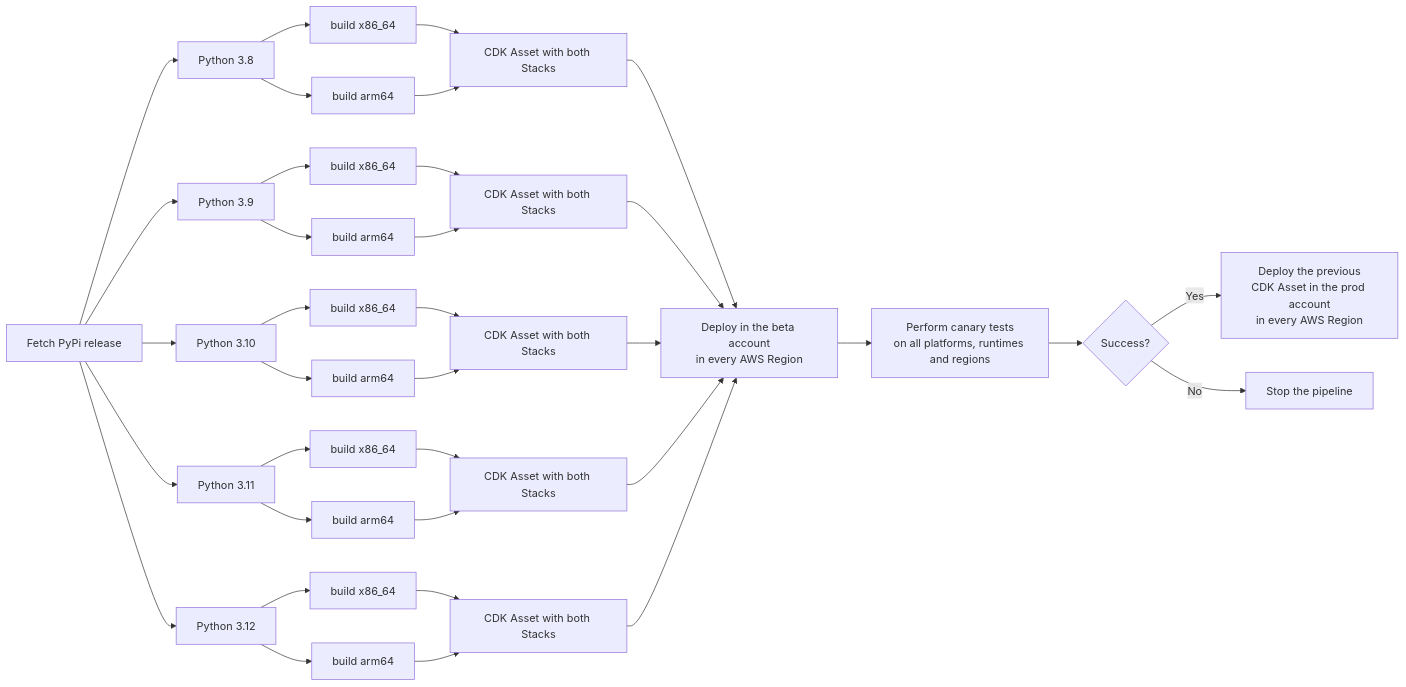
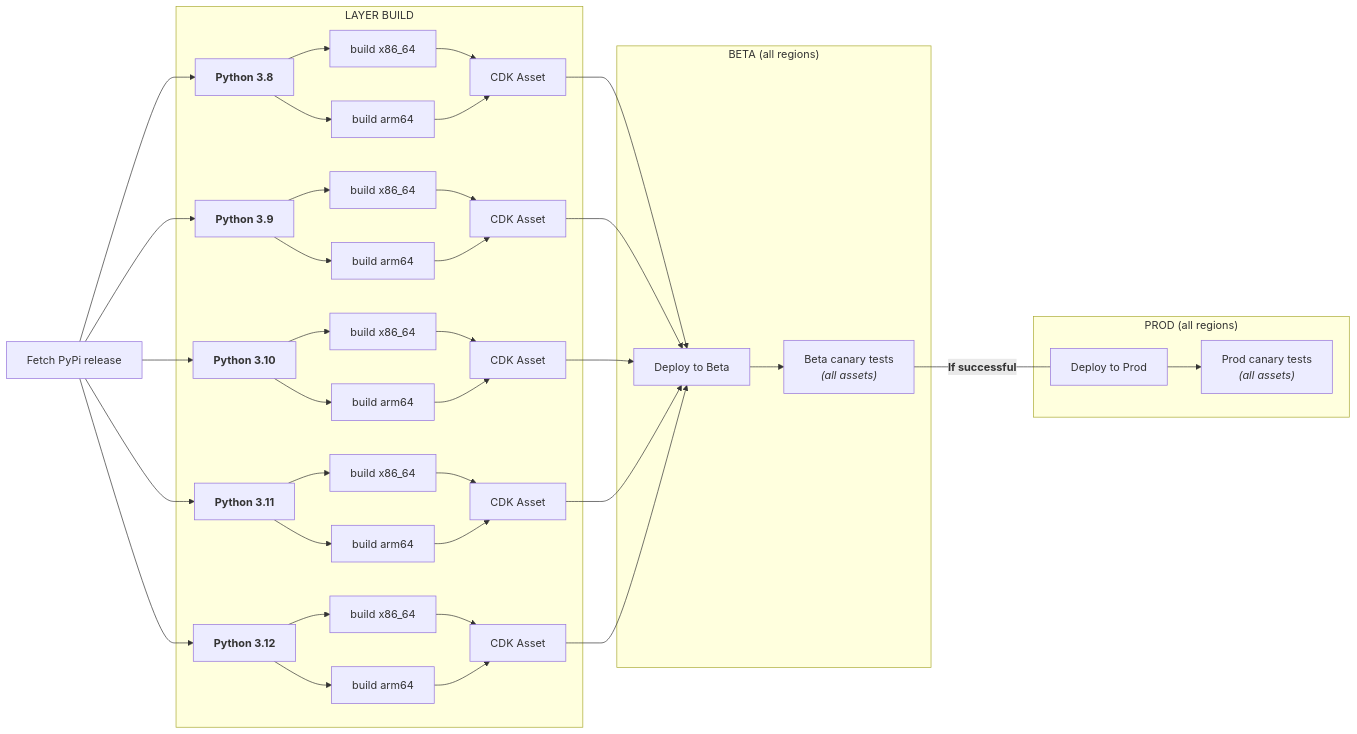
One commit to aws-powertools/powertools-lambda-python changed the diagram in docs/automation.md. Above: the diagram before and after it, drawn with Mermaid. The commit also changed 27 other files, not shown here.

````diff
--- a/docs/automation.md
+++ b/docs/automation.md
@@ -100,37 +100,45 @@
 ```mermaid
 graph LR
-    A[Fetch PyPi release] --> P38[Python 3.8]
-    A --> P39[Python 3.9]
-    A --> P310[Python 3.10]
-    A --> P311[Python 3.11]
-    A --> P312[Python 3.12]
-    P38 --> P38x86[build x86_64]
-    P38 --> P38arm64[build arm64]
-    P39 --> P39x86[build x86_64]
-    P39 --> P39arm64[build arm64]
-    P310 --> P310x86[build x86_64]
-    P310 --> P310arm64[build arm64]
-    P311 --> P311x86[build x86_64]
-    P311 --> P311arm64[build arm64]
-    P312 --> P312x86[build x86_64]
-    P312 --> P312arm64[build arm64]
-    P38x86 --> CDKP1[CDK Asset with both Stacks]
-    P38arm64 --> CDKP1[CDK Asset with both Stacks]
-    P39x86 --> CDKP2[CDK Asset with both Stacks]
-    P39arm64 --> CDKP2[CDK Asset with both Stacks]
-    P310x86 --> CDKP3[CDK Asset with both Stacks]
-    P310arm64 --> CDKP3[CDK Asset with both Stacks]
-    P311x86 --> CDKP4[CDK Asset with both Stacks]
-    P311arm64 --> CDKP4[CDK Asset with both Stacks]
-    P312x86 --> CDKP5[CDK Asset with both Stacks]
-    P312arm64 --> CDKP5[CDK Asset with both Stacks]
-    CDKP1 --> DeployBeta[Deploy in the beta account<br>in every AWS Region]
-    CDKP2 --> DeployBeta
-    CDKP3 --> DeployBeta
-    CDKP4 --> DeployBeta
-    CDKP5 --> DeployBeta
-    DeployBeta --> RunCanary[Perform canary tests<br>on all platforms, runtimes and regions]
-    RunCanary --> DeployBetaSuccess{Success?}
-    DeployBetaSuccess -- Yes --> DeployProd[Deploy the previous<br>CDK Asset in the prod account<br>in every AWS Region]
-    DeployBetaSuccess -- No --> PipelineStop[Stop the pipeline]
+    Fetch[Fetch PyPi release] --> P38[<strong>Python 3.8</strong>]
+    Fetch --> P39[<strong>Python 3.9</strong>]
+    Fetch --> P310[<strong>Python 3.10</strong>]
+    Fetch --> P311[<strong>Python 3.11</strong>]
+    Fetch --> P312[<strong>Python 3.12</strong>]
+
+    subgraph build ["LAYER BUILD"]
+      P38 --> P38x86[build x86_64]
+      P38 --> P38arm64[build arm64]
+
+      P39 --> P39x86[build x86_64]
+      P39 --> P39arm64[build arm64]
+      P310 --> P310x86[build x86_64]
+      P310 --> P310arm64[build arm64]
+      P311 --> P311x86[build x86_64]
+      P311 --> P311arm64[build arm64]
+      P312 --> P312x86[build x86_64]
+      P312 --> P312arm64[build arm64]
+      P38x86 --> CDKP1[CDK Asset]
+      P38arm64 --> CDKP1[CDK Asset]
+      P39x86 --> CDKP2[CDK Asset]
+      P39arm64 --> CDKP2[CDK Asset]
+      P310x86 --> CDKP3[CDK Asset]
+      P310arm64 --> CDKP3[CDK Asset]
+      P311x86 --> CDKP4[CDK Asset]
+      P311arm64 --> CDKP4[CDK Asset]
+      P312x86 --> CDKP5[CDK Asset]
+      P312arm64 --> CDKP5[CDK Asset]
+    end
+
+    subgraph beta ["BETA (all regions)"]
+      CDKP1 --> DeployBeta[Deploy to Beta]
+      CDKP2 --> DeployBeta
+      CDKP3 --> DeployBeta
+      CDKP4 --> DeployBeta
+      CDKP5 --> DeployBeta
+      DeployBeta --> RunBetaCanary["Beta canary tests<br> <i>(all assets)</i>"]
+    end
+    subgraph prod ["PROD (all regions)"]
+        RunBetaCanary---|<strong>If successful</strong>|DeployProd[Deploy to Prod]
+        DeployProd --> RunProdCanary["Prod canary tests<br> <i>(all assets)</i>"]
+    end
 ```
````
